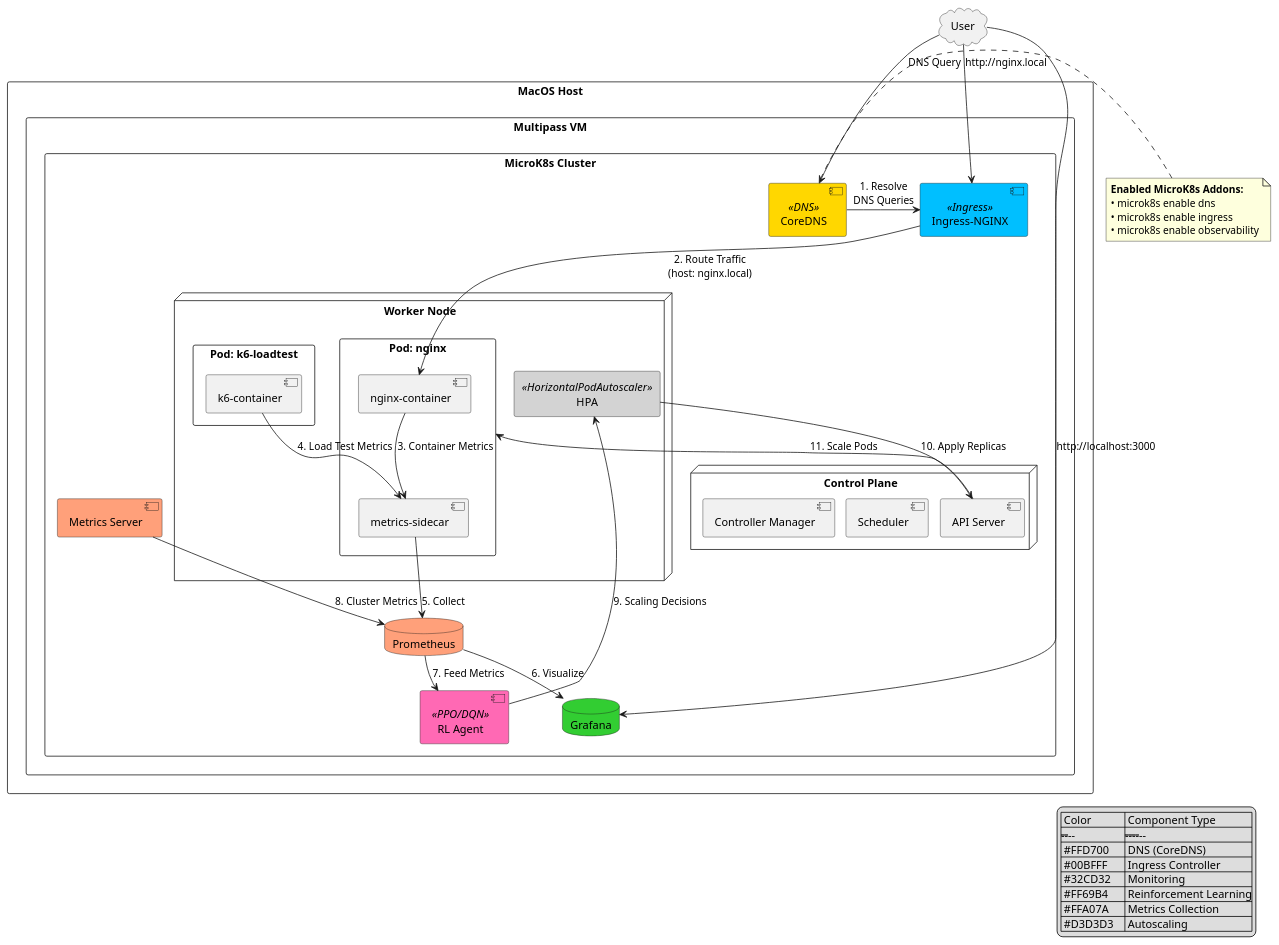
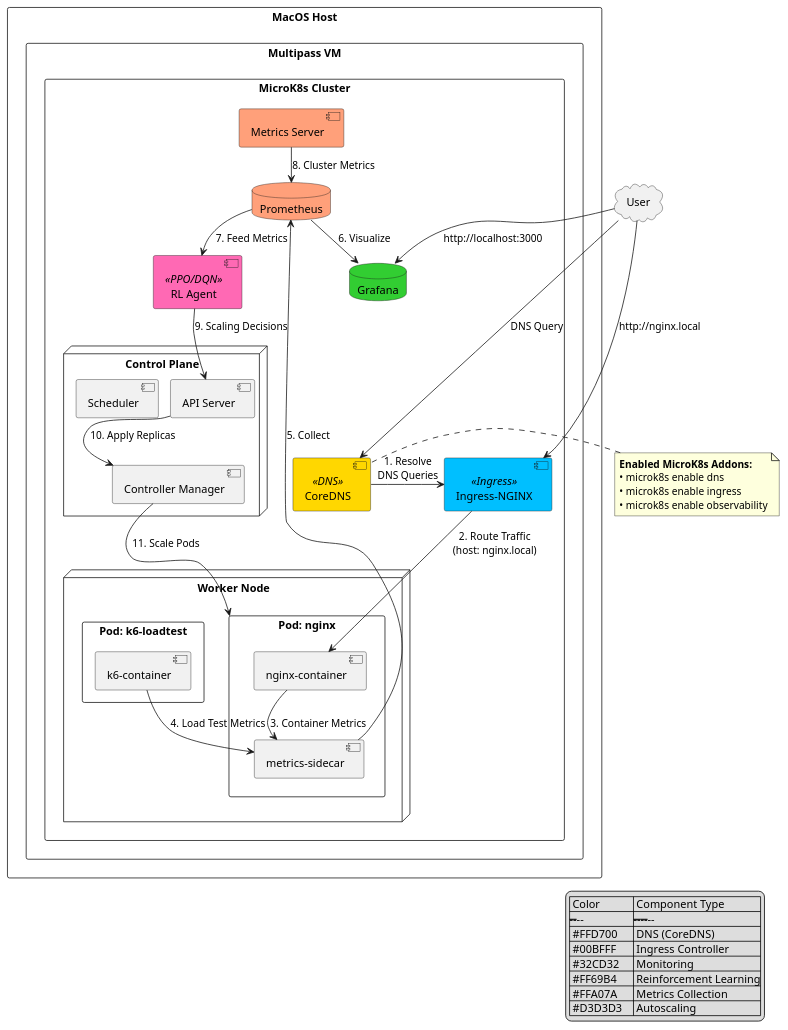
Before and after one commit to rohmatmret/microk8s-autoscaling: the diagram in architecture.plantuml, drawn with PlantUML. The commit also changed 6 other files, not shown here.

```diff
--- a/architecture.plantuml
+++ b/architecture.plantuml
@@ -1,83 +1,81 @@
 @startuml MicroK8s-Full-Architecture
 
 ' skinparam monochrome true
 skinparam shadowing false
 skinparam nodesep 15
 skinparam ranksep 25
 
 rectangle "MacOS Host" {
   rectangle "Multipass VM" {
     rectangle "MicroK8s Cluster" {
       component "CoreDNS" as coredns <<DNS>> #FFD700
       component "Ingress-NGINX" as ingress <<Ingress>> #00BFFF
       
       database "Grafana" as grafana #32CD32
       component "RL Agent" as rl_agent <<PPO/DQN>> #FF69B4
       database "Prometheus" as prometheus #FFA07A
       component "Metrics Server" as metrics_server #FFA07A
       
       node "Worker Node" {
         rectangle "Pod: nginx" as nginx {
           component "nginx-container" as nginx_ctr
           component "metrics-sidecar" as metrics
         }
         
         rectangle "Pod: k6-loadtest" as k6 {
           component "k6-container" as k6_ctr
         }
-        
-        rectangle "HPA" as hpa <<HorizontalPodAutoscaler>> #D3D3D3
       }
       
       node "Control Plane" {
         component "API Server" as api
         component "Scheduler" as scheduler
         component "Controller Manager" as ctrl
       }
     }
   }
 }
 
 ' DNS & Ingress Connections
 coredns -right-> ingress : "1. Resolve\nDNS Queries"
 ingress -down-> nginx_ctr : "2. Route Traffic\n(host: nginx.local)"
 
 ' Metrics Flow
 nginx_ctr --> metrics : "3. Container Metrics"
 k6_ctr --> metrics : "4. Load Test Metrics"
 metrics --> prometheus : "5. Collect"
 prometheus --> grafana : "6. Visualize"
 prometheus --> rl_agent : "7. Feed Metrics"
 metrics_server --> prometheus : "8. Cluster Metrics"
 
 ' RL Decision Flow
-rl_agent --> hpa : "9. Scaling Decisions"
-hpa --> api : "10. Apply Replicas"
-api --> nginx : "11. Scale Pods"
+rl_agent --> api : "9. Scaling Decisions"
+api --> ctrl : "10. Apply Replicas"
+ctrl --> nginx : "11. Scale Pods"
 
 ' External Access
 cloud "User" as user
 user -> coredns : "DNS Query"
 user --> ingress : "http://nginx.local"
 user --> grafana : "http://localhost:3000"
 
 ' Legend
 legend right
   | Color       | Component Type       |
   |------------|----------------------|
   | #FFD700    | DNS (CoreDNS)        |
   | #00BFFF    | Ingress Controller   |
   | #32CD32    | Monitoring           |
   | #FF69B4    | Reinforcement Learning|
   | #FFA07A    | Metrics Collection   |
   | #D3D3D3    | Autoscaling          |
 endlegend
 
 note left of coredns
   **Enabled MicroK8s Addons:**
   • microk8s enable dns
   • microk8s enable ingress
   • microk8s enable observability
 end note
 
 @enduml
```
